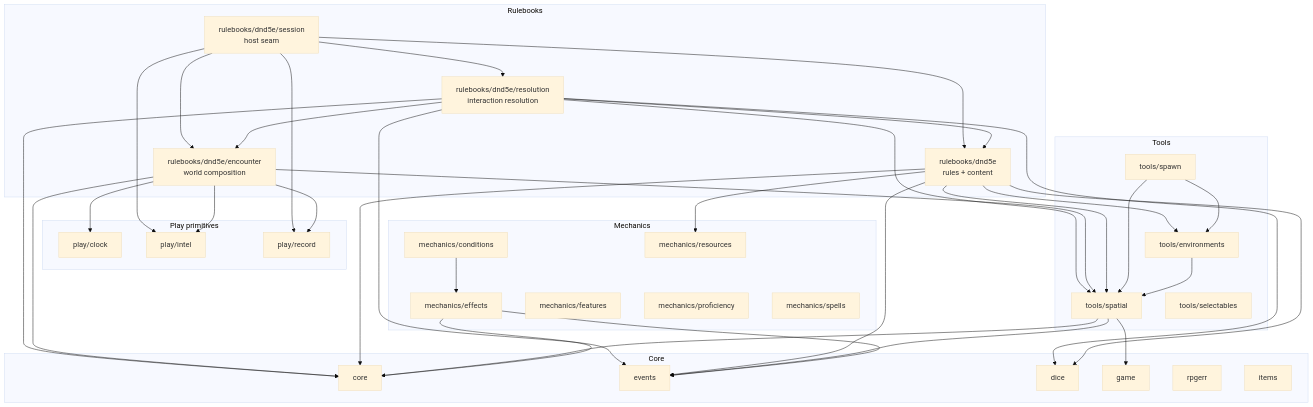
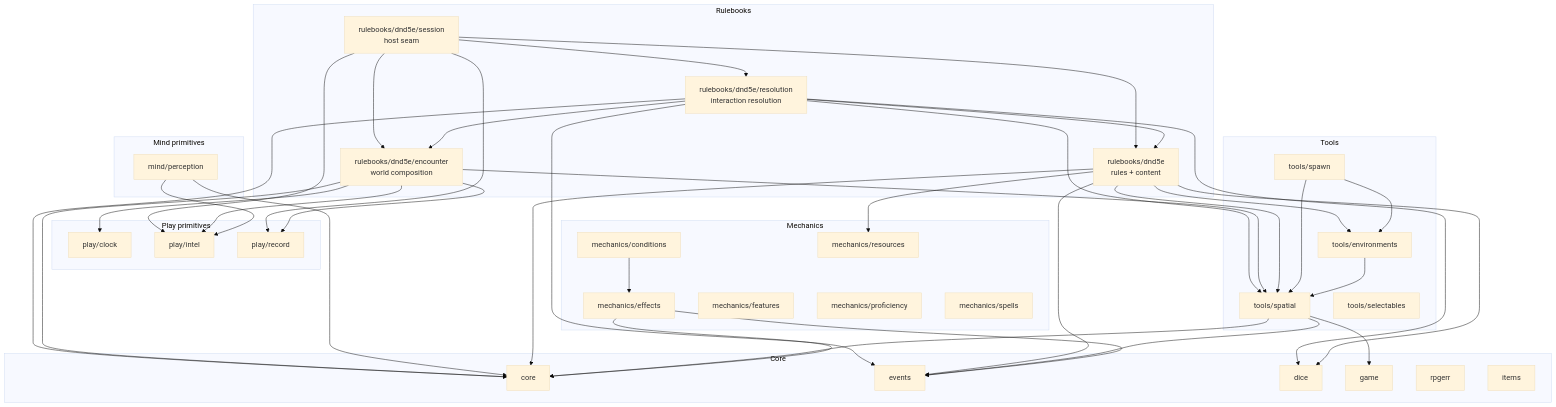
The first of 2 diagrams in docs/architecture/overview.md (KirkDiggler/rpg-toolkit), drawn with Mermaid (base theme) before and after one commit. The commit also changed other lines of this file and 9 other files, not shown here.

First line of the commit message:
feat(mind/perception): v0.1.0 — the pass, the deltas, and the read surface over intel (#1686)

````diff
--- a/docs/architecture/overview.md
+++ b/docs/architecture/overview.md
@@ -33,46 +33,50 @@
 ```mermaid
 flowchart TD
   subgraph RB["Rulebooks"]
     DND["rulebooks/dnd5e<br/>rules + content"]
     ENC["rulebooks/dnd5e/encounter<br/>world composition"]
     RESMOD["rulebooks/dnd5e/resolution<br/>interaction resolution"]
     SESS["rulebooks/dnd5e/session<br/>host seam"]
   end
   subgraph PLAY["Play primitives"]
     CLOCK["play/clock"]
     INTEL["play/intel"]
     RECORD["play/record"]
+  end
+  subgraph MIND["Mind primitives"]
+    PERCEPTION["mind/perception"]
   end
   subgraph TOOLS["Tools"]
     SPATIAL["tools/spatial"]
     ENV["tools/environments"]
     SEL["tools/selectables"]
     SPAWN["tools/spawn"]
   end
   subgraph MECH["Mechanics"]
     EFFECTS["mechanics/effects"]
     COND["mechanics/conditions"]
     RES["mechanics/resources"]
     FEAT["mechanics/features"]
     PROF["mechanics/proficiency"]
     SPELLS["mechanics/spells"]
   end
   subgraph CORELYR["Core"]
     C["core"]
     EV["events"]
     DICE["dice"]
     GAME["game"]
     ERR["rpgerr"]
     ITEMS["items"]
   end
 
   SESS --> ENC & RESMOD & DND & INTEL & RECORD
   RESMOD --> ENC & DND & SPATIAL & EV & C & DICE
   ENC --> SPATIAL & CLOCK & INTEL & RECORD & C
+  PERCEPTION --> INTEL & C
   DND --> RES & ENV & SPATIAL & EV & C & DICE
   SPAWN --> ENV & SPATIAL
   ENV --> SPATIAL
   SPATIAL --> GAME & EV & C
   COND --> EFFECTS
   EFFECTS --> EV & C
 ```
````
